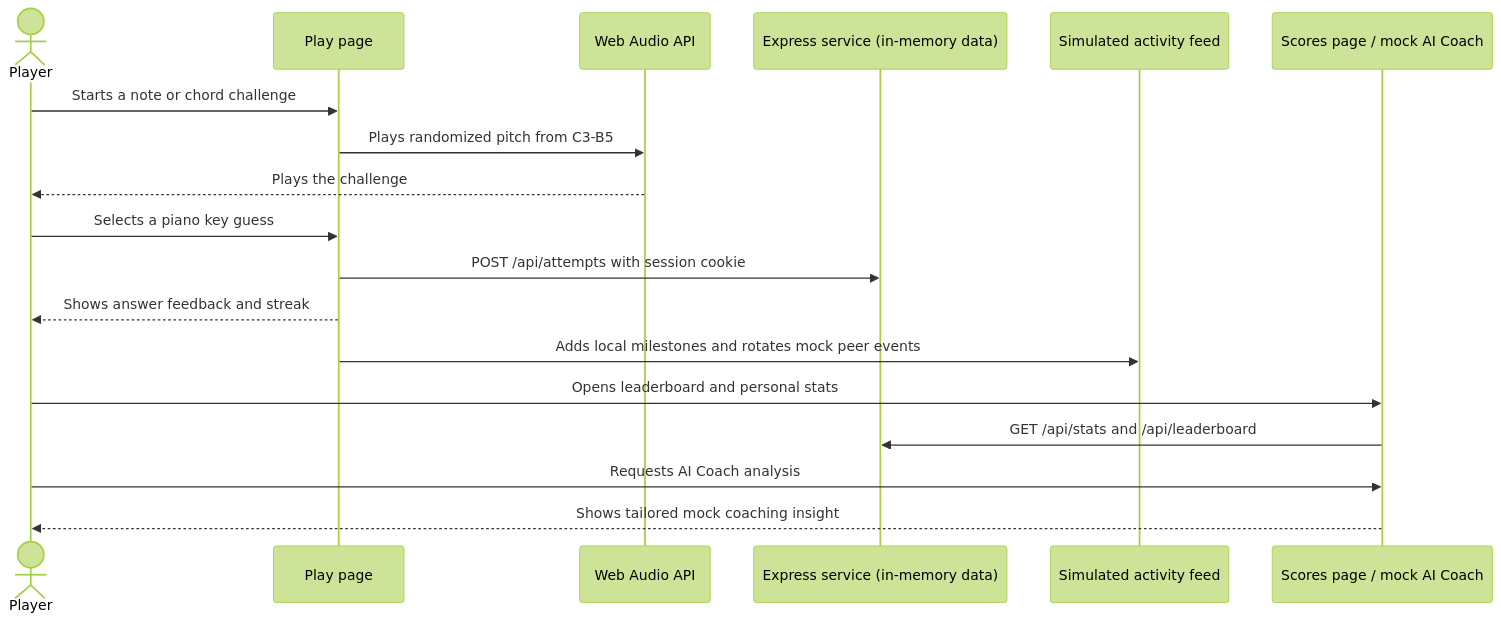
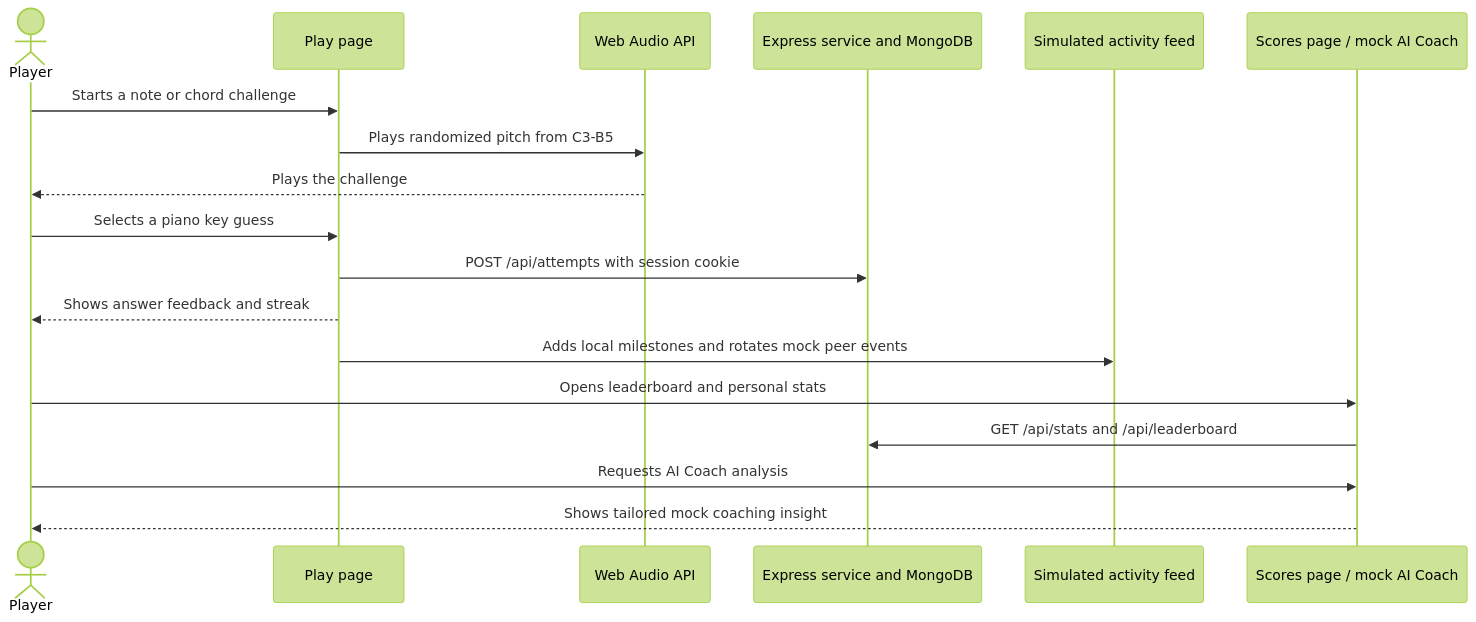
The diagram in README.md (cclingwall/FALL2026STARTUP), drawn with Mermaid (forest theme) before and after one commit. The commit also changed other lines of this file and 3 other files, not shown here.

````diff
--- a/README.md
+++ b/README.md
@@ -50,21 +50,21 @@
 ```mermaid
 sequenceDiagram
     actor Player
     participant Play as Play page
     participant Audio as Web Audio API
-    participant Storage as Express service (in-memory data)
+    participant Storage as Express service and MongoDB
     participant Feed as Simulated activity feed
     participant Scores as Scores page / mock AI Coach
 
     Player->>Play: Starts a note or chord challenge
     Play->>Audio: Plays randomized pitch from C3-B5
     Audio-->>Player: Plays the challenge
     Player->>Play: Selects a piano key guess
     Play->>Storage: POST /api/attempts with session cookie
     Play-->>Player: Shows answer feedback and streak
     Play->>Feed: Adds local milestones and rotates mock peer events
     Player->>Scores: Opens leaderboard and personal stats
     Scores->>Storage: GET /api/stats and /api/leaderboard
     Player->>Scores: Requests AI Coach analysis
     Scores-->>Player: Shows tailored mock coaching insight
 ```
````
